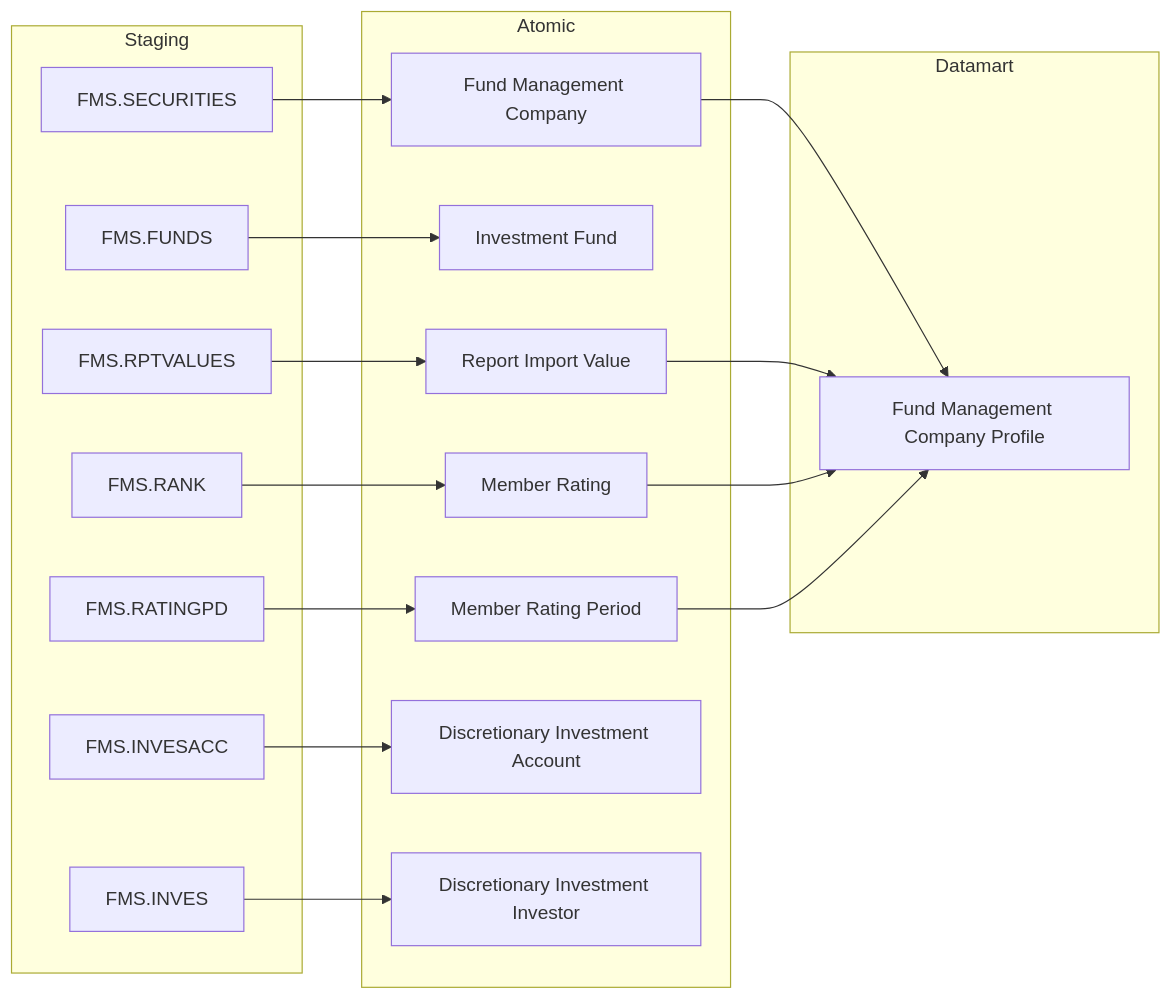
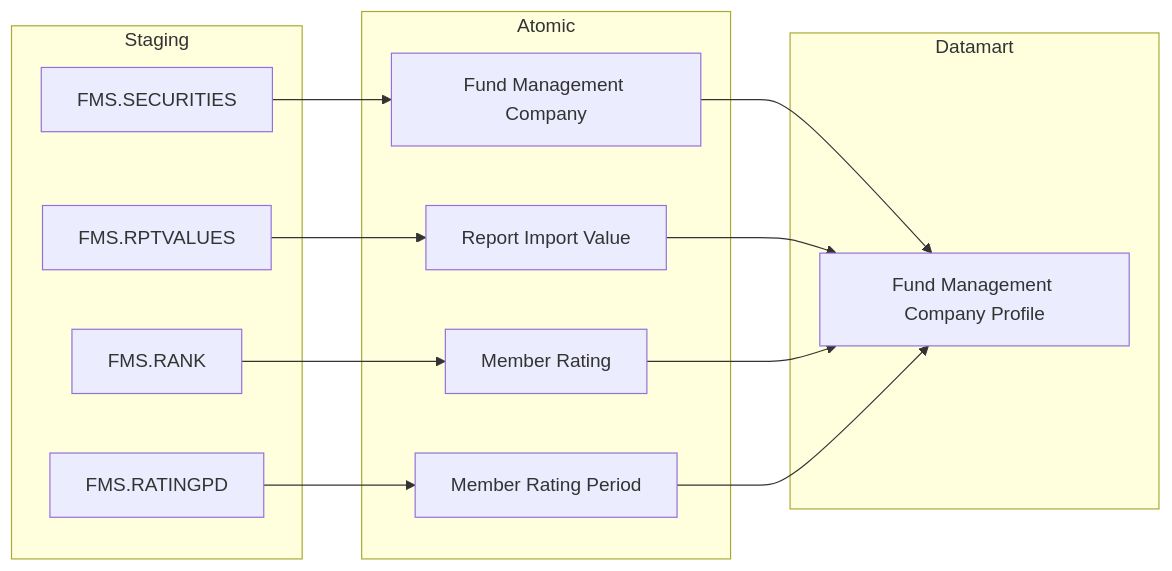
Before and after one commit to linhlvit/ubck_atomic_design: the third of 11 diagrams in docs/output/datamart/FMS/DTM_FMS_PTTK.md, drawn with Mermaid. The commit also changed other lines of this file and 11 other files, not shown here.

````diff
--- a/docs/output/datamart/FMS/DTM_FMS_PTTK.md
+++ b/docs/output/datamart/FMS/DTM_FMS_PTTK.md
@@ -136,39 +136,30 @@
 ```mermaid
 flowchart LR
     subgraph Staging
         S1["FMS.SECURITIES"]
-        S2["FMS.FUNDS"]
         S4["FMS.RPTVALUES"]
         S5["FMS.RANK"]
         S6["FMS.RATINGPD"]
-        S7["FMS.INVESACC"]
-        S8["FMS.INVES"]
     end
 
     subgraph Atomic
         SV1["Fund Management Company"]
-        SV2["Investment Fund"]
         SV4["Report Import Value"]
         SV5["Member Rating"]
         SV6["Member Rating Period"]
-        SV7["Discretionary Investment Account"]
-        SV8["Discretionary Investment Investor"]
     end
 
     subgraph Datamart
         G1["Fund Management Company Profile"]
     end
 
     S1 --> SV1
-    S2 --> SV2
     S4 --> SV4
     S5 --> SV5
     S6 --> SV6
-    S7 --> SV7
-    S8 --> SV8
 
     SV1 --> G1
     SV4 --> G1
     SV5 --> G1
     SV6 --> G1
 ```
````
